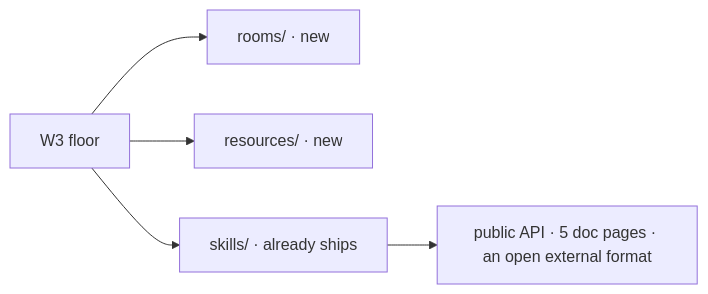
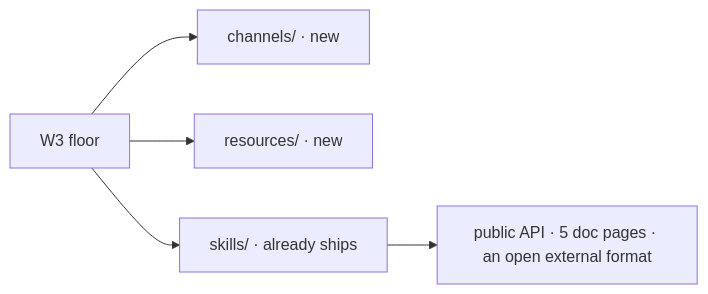
Before and after one commit to fixpoint-labs/flow-state-dev: the first of 3 diagrams in spec/FIX-1356.explainer.md, drawn with Mermaid. The commit also changed other lines of this file and 1 other file, not shown here.

````diff
--- a/spec/FIX-1356.explainer.md
+++ b/spec/FIX-1356.explainer.md
@@ -10,7 +10,7 @@
 ```mermaid
 flowchart LR
-  W3["W3 floor"] --> R["rooms/ · new"]
+  W3["W3 floor"] --> R["channels/ · new"]
   W3 --> RES["resources/ · new"]
   W3 --> SK["skills/ · already ships"]
   SK --> PUB["public API · 5 doc pages · an open external format"]
 ```
````
